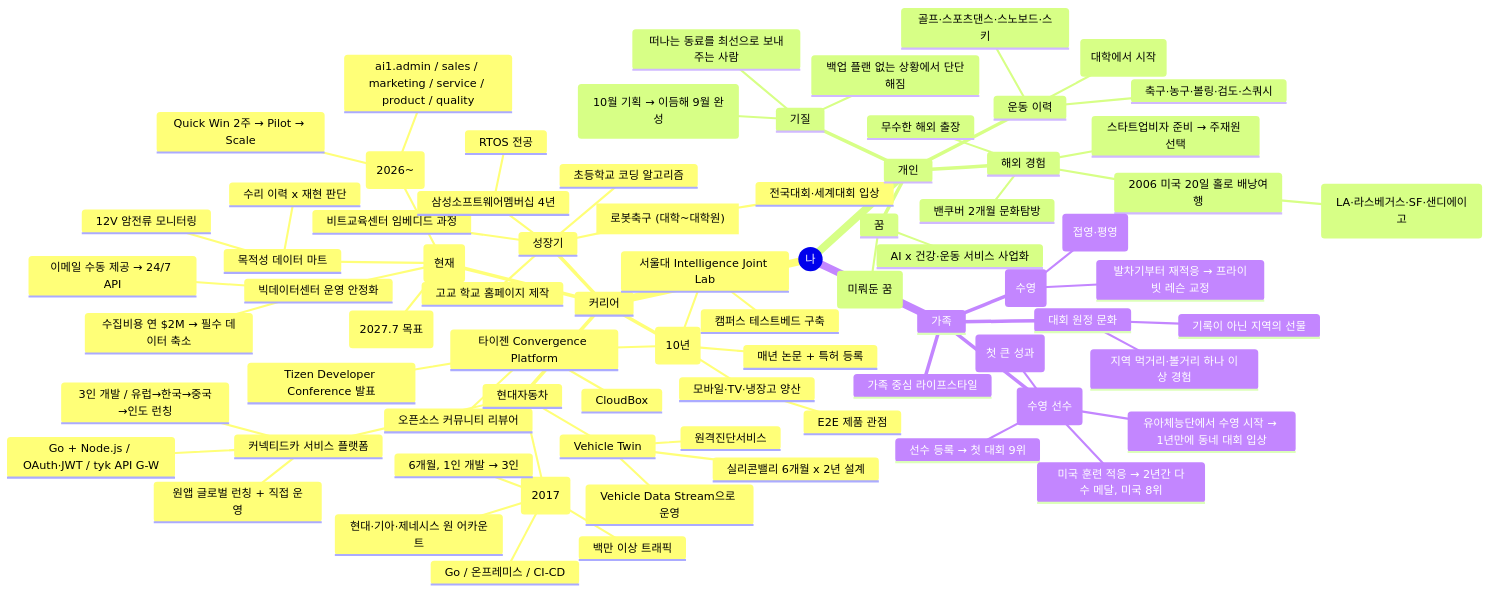
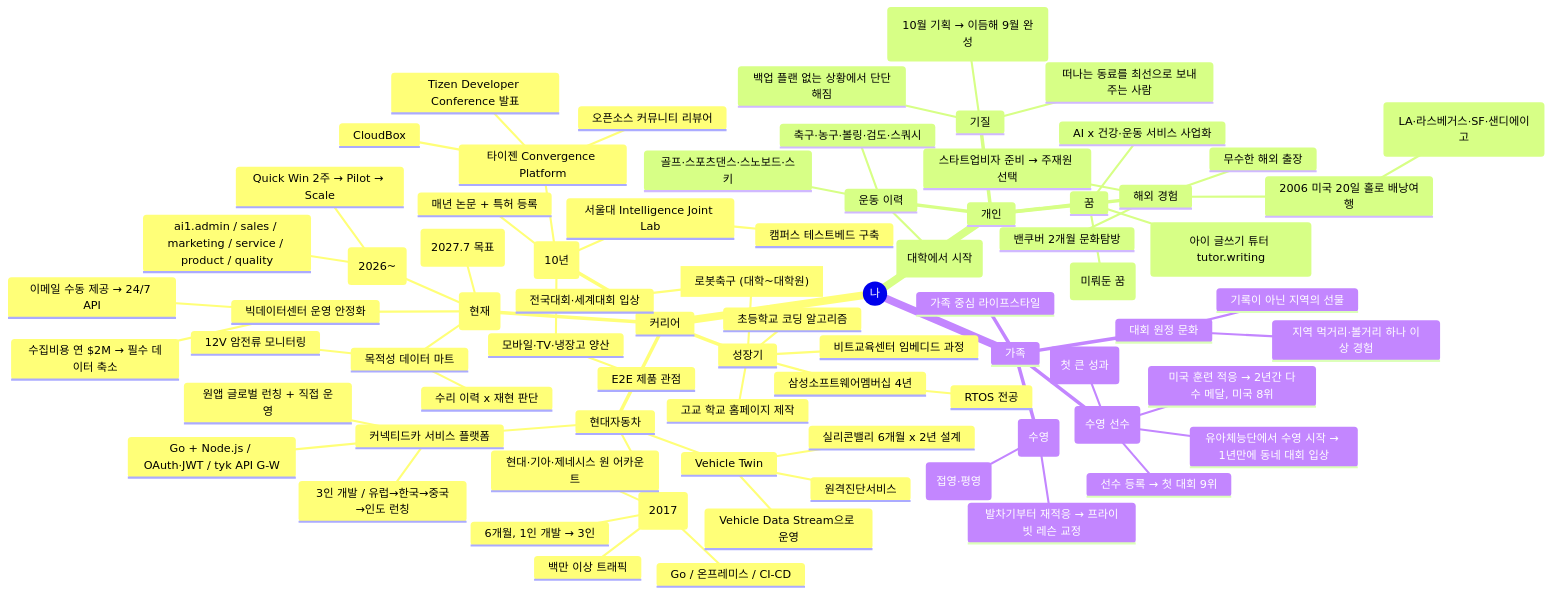
One commit to kyj5482/test changed the diagram in brand/mindmap-me.md. Above: the diagram before and after it, drawn with Mermaid. The commit also changed 24 other files, not shown here.

First line of the commit message:
[New] 실제 4개 저장소 기준 제품 재편 + tutor.writing 시리즈 추가

````diff
--- a/brand/mindmap-me.md
+++ b/brand/mindmap-me.md
@@ -6,79 +6,80 @@
 ```mermaid
 mindmap
   root((나))
     커리어
       성장기
         초등학교 코딩 알고리즘
         고교 학교 홈페이지 제작
         로봇축구["로봇축구 (대학~대학원)"]
           전국대회·세계대회 입상
         비트교육센터 임베디드 과정
         삼성소프트웨어멤버십 4년
           RTOS 전공
       삼성종합기술원 (10년)
         서울대 Intelligence Joint Lab
           캠퍼스 테스트베드 구축
         타이젠 Convergence Platform
           CloudBox
           오픈소스 커뮤니티 리뷰어
           Tizen Developer Conference 발표
         모바일·TV·냉장고 양산
           E2E 제품 관점
         매년 논문 + 특허 등록
       현대자동차
         통합 계정 (2017)
           현대·기아·제네시스 원 어카운트
           Go / 온프레미스 / CI-CD
           6개월, 1인 개발 → 3인
           백만 이상 트래픽
         커넥티드카 서비스 플랫폼
           3인 개발 / 유럽→한국→중국→인도 런칭
           Go + Node.js / OAuth·JWT / tyk API G-W
           원앱 글로벌 런칭 + 직접 운영
         Vehicle Twin
           실리콘밸리 6개월 x 2년 설계
           원격진단서비스
           Vehicle Data Stream으로 운영
       기아 미국 주재원 (현재)
         빅데이터센터 운영 안정화
           수집비용 연 $2M → 필수 데이터 축소
           이메일 수동 제공 → 24/7 API
         목적성 데이터 마트
           12V 암전류 모니터링
           수리 이력 x 재현 판단
         AI 마이크로앱 (2026~)
           ai1.admin / sales / marketing / service / product / quality
           Quick Win 2주 → Pilot → Scale
         데이터 앱마켓 (2027.7 목표)
     개인
       운동 이력
         축구·농구·볼링·검도·스쿼시
         수영 (대학에서 시작)
         골프·스포츠댄스·스노보드·스키
       해외 경험
         2006 미국 20일 홀로 배낭여행
           지도 없이 대중교통 (LA·라스베거스·SF·샌디에이고)
         밴쿠버 2개월 문화탐방
         무수한 해외 출장
         스타트업비자 준비 → 주재원 선택
       기질
         긴 호흡의 준비 (10월 기획 → 이듬해 9월 완성)
         백업 플랜 없는 상황에서 단단해짐
         떠나는 동료를 최선으로 보내주는 사람
       꿈
         개인 사업 (미뤄둔 꿈)
         AI x 건강·운동 서비스 사업화
+        AI x 교육 서비스 (아이 글쓰기 튜터 tutor.writing)
     가족
       아들 (수영 선수)
         유아체능단에서 수영 시작 → 1년만에 동네 대회 입상
         선수 등록 → 첫 대회 9위
         전국대회 접영 3위 (첫 큰 성과)
         미국 훈련 적응 → 2년간 다수 메달, 미국 8위
       딸 (수영)
         발차기부터 재적응 → 프라이빗 레슨 교정
         마스터즈반 → 생활체육 경기도대표 (접영·평영)
       대회 원정 문화
         지역 먹거리·볼거리 하나 이상 경험
         기록이 아닌 지역의 선물
       가족 중심 라이프스타일
 ```
````
